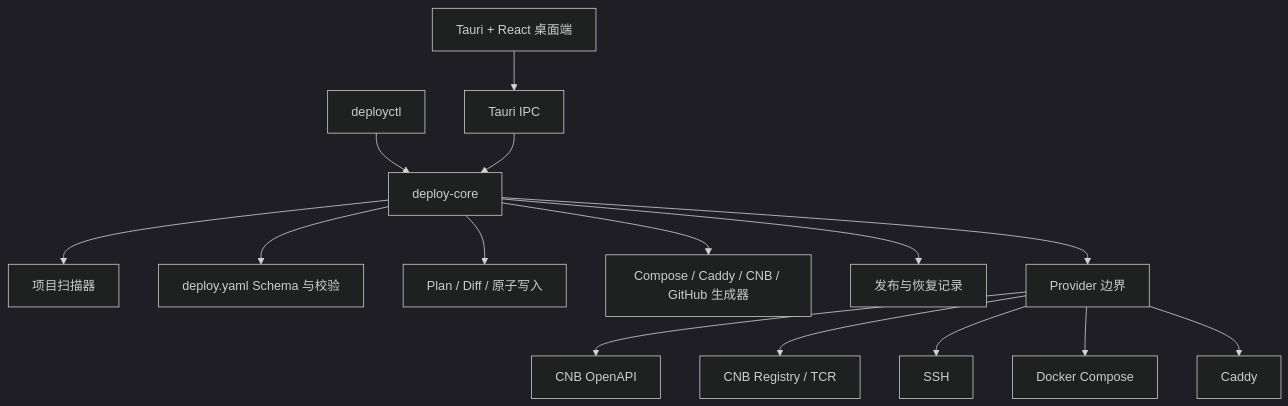
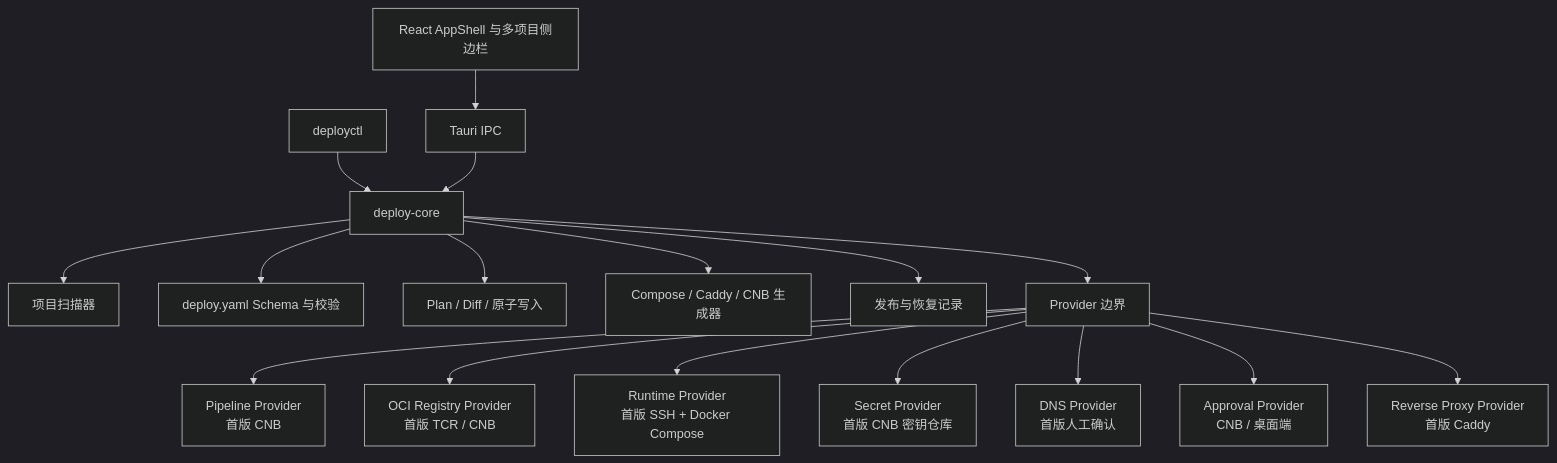
One commit to blacksco0920-dot/deploydesk changed the first of 2 diagrams in docs/architecture.md. Above: the diagram before and after it, drawn with Mermaid (dark theme). The commit also changed other lines of this file and 75 other files, not shown here.

````diff
--- a/docs/architecture.md
+++ b/docs/architecture.md
@@ -9,17 +9,19 @@
 ```mermaid
 flowchart TB
-  UI[Tauri + React 桌面端] --> IPC[Tauri IPC]
+  UI[React AppShell 与多项目侧边栏] --> IPC[Tauri IPC]
   CLI[deployctl] --> CORE[deploy-core]
   IPC --> CORE
   CORE --> SCAN[项目扫描器]
   CORE --> SCHEMA[deploy.yaml Schema 与校验]
   CORE --> PLAN[Plan / Diff / 原子写入]
-  CORE --> RENDER[Compose / Caddy / CNB / GitHub 生成器]
+  CORE --> RENDER[Compose / Caddy / CNB 生成器]
   CORE --> JOURNAL[发布与恢复记录]
   CORE --> PROVIDERS[Provider 边界]
-  PROVIDERS --> CNB[CNB OpenAPI]
-  PROVIDERS --> REG[CNB Registry / TCR]
-  PROVIDERS --> SSH[SSH]
-  PROVIDERS --> DOCKER[Docker Compose]
-  PROVIDERS --> CADDY[Caddy]
+  PROVIDERS --> PIPELINE[Pipeline Provider<br/>首版 CNB]
+  PROVIDERS --> REG[OCI Registry Provider<br/>首版 TCR / CNB]
+  PROVIDERS --> RUNTIME[Runtime Provider<br/>首版 SSH + Docker Compose]
+  PROVIDERS --> SECRETS[Secret Provider<br/>首版 CNB 密钥仓库]
+  PROVIDERS --> DNS[DNS Provider<br/>首版人工确认]
+  PROVIDERS --> APPROVAL[Approval Provider<br/>CNB / 桌面端]
+  PROVIDERS --> PROXY[Reverse Proxy Provider<br/>首版 Caddy]
 ```
````
